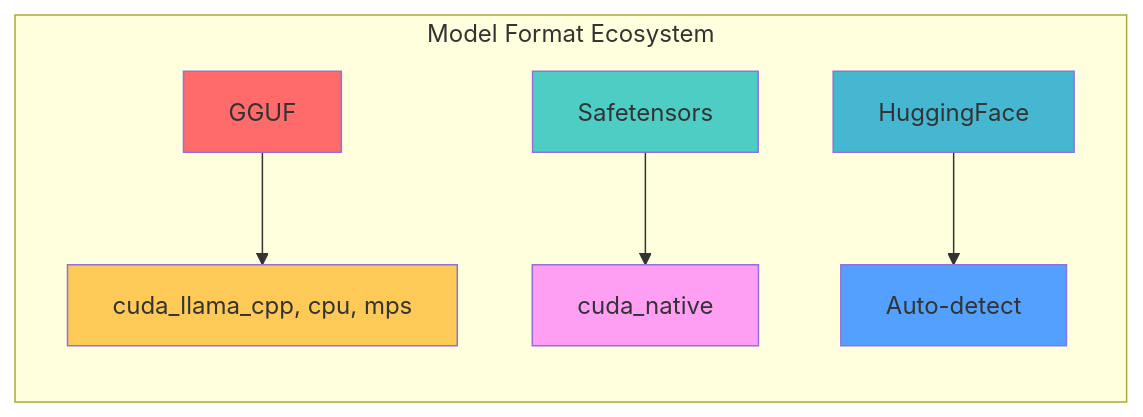
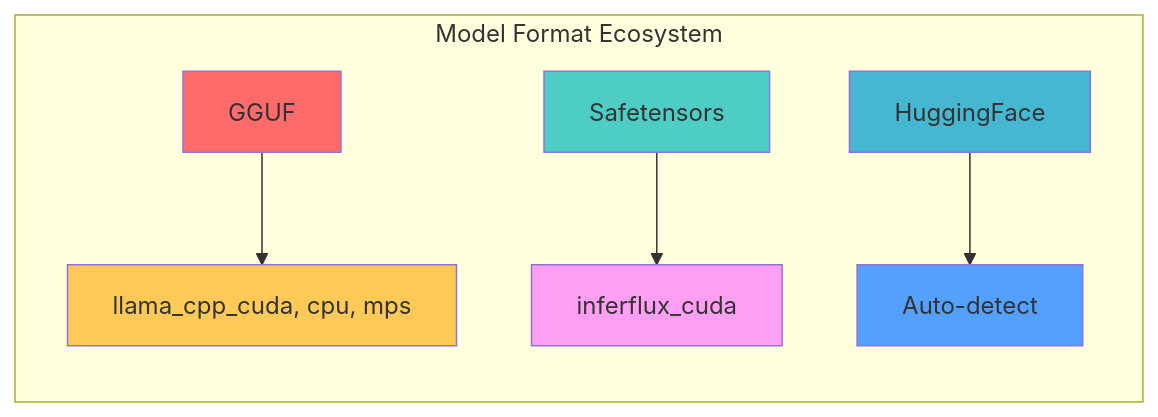
The fourth of 7 diagrams in docs/BACKEND_DEVELOPMENT.md (vjsingh1984/inferflux), drawn with Mermaid before and after one commit. The commit also changed other lines of this file and 98 other files, not shown here.

````diff
--- a/docs/BACKEND_DEVELOPMENT.md
+++ b/docs/BACKEND_DEVELOPMENT.md
@@ -276,15 +276,15 @@
 ```mermaid
 graph LR
     subgraph "Model Format Ecosystem"
-        A[GGUF] --> D[cuda_llama_cpp, cpu, mps]
-        B[Safetensors] --> E[cuda_native]
+        A[GGUF] --> D[llama_cpp_cuda, cpu, mps]
+        B[Safetensors] --> E[inferflux_cuda]
         C[HuggingFace] --> F[Auto-detect]
     end
 
     style A fill:#ff6b6b
     style B fill:#4ecdc4
     style C fill:#45b7d1
     style D fill:#feca57
     style E fill:#ff9ff3
     style F fill:#54a0ff
 ```
````
